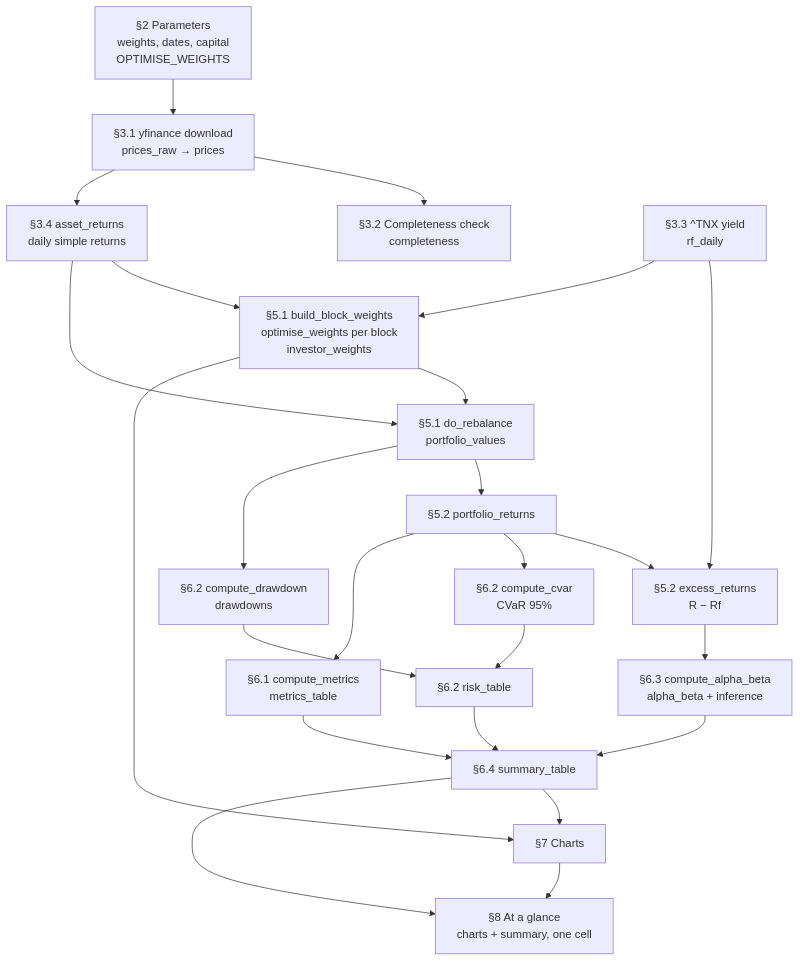
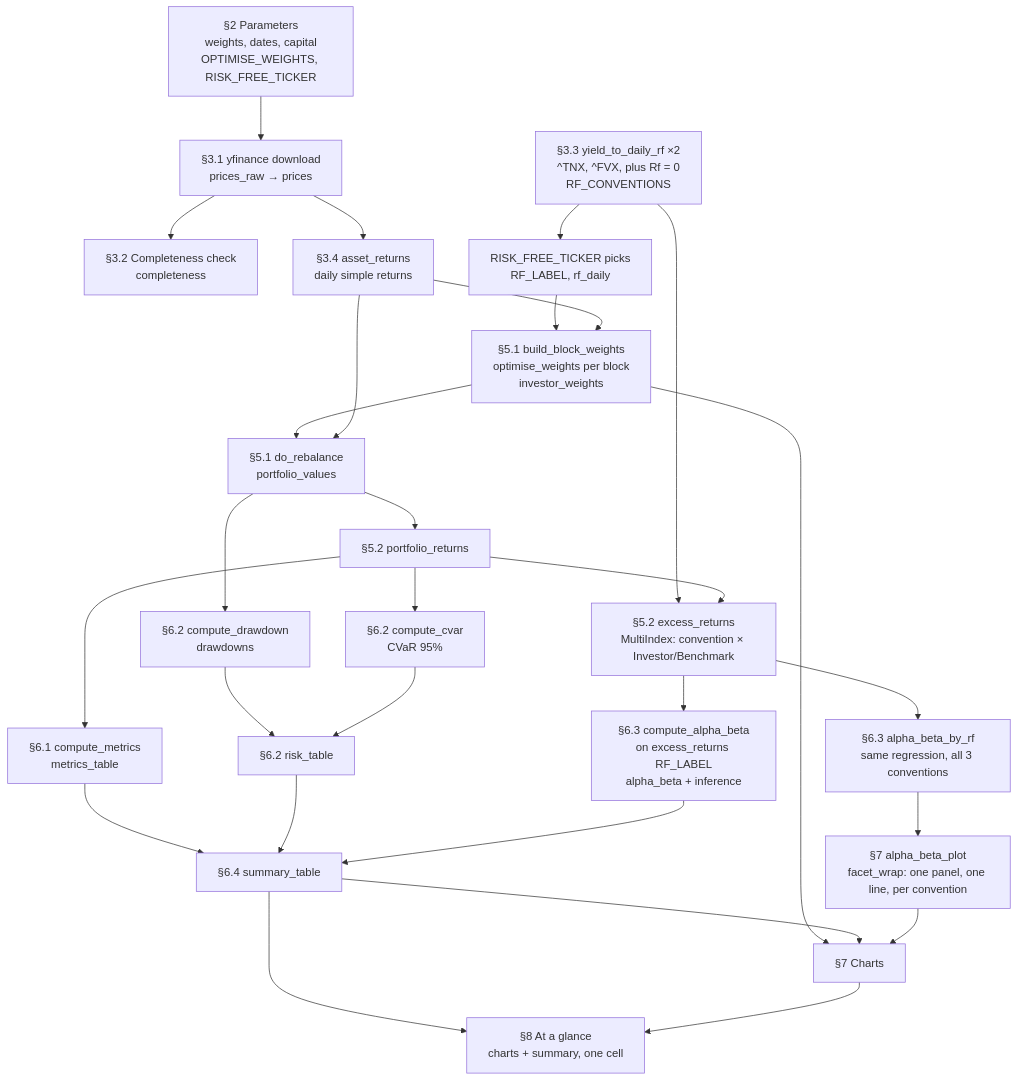
The diagram in QF600/Assignment 1 - Compute Alpha/README.md (cyee02/MQF), drawn with Mermaid before and after one commit. The commit also changed other lines of this file and 2 other files, not shown here.

First line of the commit message:
Support multiple risk-free rate conventions in alpha/beta analysis (#6)

````diff
--- a/QF600/Assignment 1 - Compute Alpha/README.md
+++ b/QF600/Assignment 1 - Compute Alpha/README.md
@@ -31,26 +39,30 @@
 ```mermaid
 flowchart TD
-    P[§2 Parameters<br/>weights, dates, capital<br/>OPTIMISE_WEIGHTS] --> D[§3.1 yfinance download<br/>prices_raw → prices]
+    P[§2 Parameters<br/>weights, dates, capital<br/>OPTIMISE_WEIGHTS, RISK_FREE_TICKER] --> D[§3.1 yfinance download<br/>prices_raw → prices]
     D --> V[§3.2 Completeness check<br/>completeness]
     D --> R[§3.4 asset_returns<br/>daily simple returns]
-    T[§3.3 ^TNX yield<br/>rf_daily] --> E
-    R --> W[§5.1 build_block_weights<br/>optimise_weights per block<br/>investor_weights]
-    T --> W
+    T[§3.3 yield_to_daily_rf ×2<br/>^TNX, ^FVX, plus Rf = 0<br/>RF_CONVENTIONS] --> RFL[RISK_FREE_TICKER picks<br/>RF_LABEL, rf_daily]
+    RFL --> W[§5.1 build_block_weights<br/>optimise_weights per block<br/>investor_weights]
+    R --> W
     W --> B[§5.1 do_rebalance<br/>portfolio_values]
     R --> B
     W --> C
     B --> Q[§5.2 portfolio_returns]
-    Q --> E[§5.2 excess_returns<br/>R − Rf]
+    T --> E
+    Q --> E[§5.2 excess_returns<br/>MultiIndex: convention × Investor/Benchmark]
     B --> DD[§6.2 compute_drawdown<br/>drawdowns]
     Q --> CV[§6.2 compute_cvar<br/>CVaR 95%]
     DD --> RT[§6.2 risk_table]
     CV --> RT
     Q --> M[§6.1 compute_metrics<br/>metrics_table]
-    E --> A[§6.3 compute_alpha_beta<br/>alpha_beta + inference]
+    E --> A[§6.3 compute_alpha_beta<br/>on excess_returns RF_LABEL<br/>alpha_beta + inference]
+    E --> ABR[§6.3 alpha_beta_by_rf<br/>same regression, all 3 conventions]
     M --> S[§6.4 summary_table]
     RT --> S
     A --> S
     S --> C[§7 Charts]
+    ABR --> FP[§7 alpha_beta_plot<br/>facet_wrap: one panel, one line, per convention]
     S --> G[§8 At a glance<br/>charts + summary, one cell]
     C --> G
+    FP --> C
 ```
````
